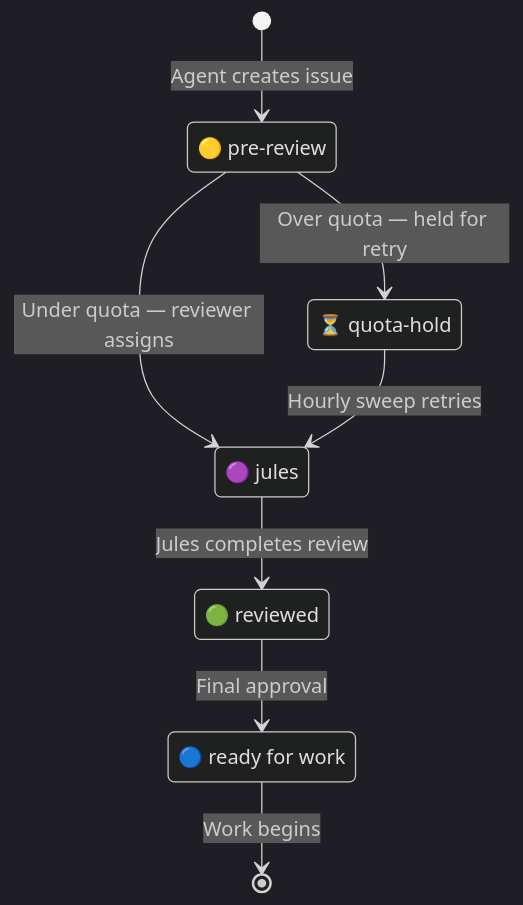
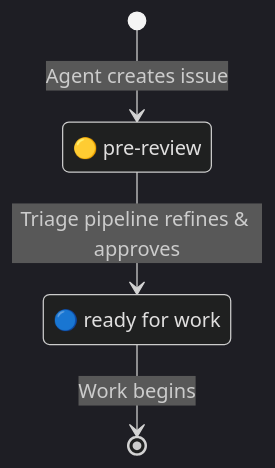
One commit to LokiMetaSmith/keystone-polyphony changed the fifth of 5 diagrams in docs/ci-cd.md. Above: the diagram before and after it, drawn with Mermaid (dark theme). The commit also changed other lines of this file and 3 other files, not shown here.

First line of the commit message:
ci: periodic merge cadence (20min), remove jules reviewer, add triage rework issue

````diff
--- a/docs/ci-cd.md
+++ b/docs/ci-cd.md
@@ -110,16 +95,9 @@
 ```mermaid
 stateDiagram-v2
     [*] --> pre_review : Agent creates issue
-    pre_review --> jules : Under quota — reviewer assigns
-    pre_review --> quota_hold : Over quota — held for retry
-    quota_hold --> jules : Hourly sweep retries
-    jules --> reviewed : Jules completes review
-    reviewed --> ready_for_work : Final approval
+    pre_review --> ready_for_work : Triage pipeline refines & approves
     ready_for_work --> [*] : Work begins
 
     pre_review : 🟡 pre-review
-    quota_hold : ⏳ quota-hold
-    jules : 🟣 jules
-    reviewed : 🟢 reviewed
     ready_for_work : 🔵 ready for work
 ```
````
